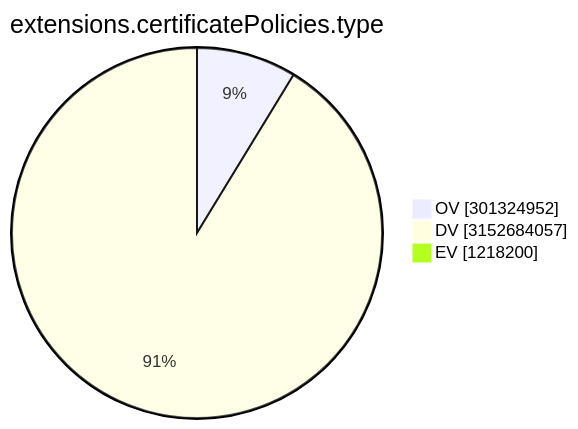
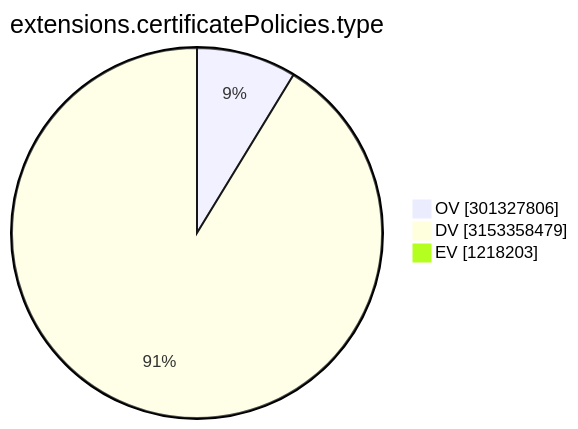
The ninth of 15 diagrams in TOTAL/README.md (christiankrug/ctmonitor_visualization), drawn with Mermaid before and after one commit. The commit also changed other lines of this file, not shown here.

````diff
--- a/TOTAL/README.md
+++ b/TOTAL/README.md
@@ -3105,7 +3105,7 @@
 ```mermaid
 pie showData
 title extensions.certificatePolicies.type
-"OV" :301324952
-"DV" :3152684057
-"EV" :1218200
+"OV" :301327806
+"DV" :3153358479
+"EV" :1218203
 ```
````
